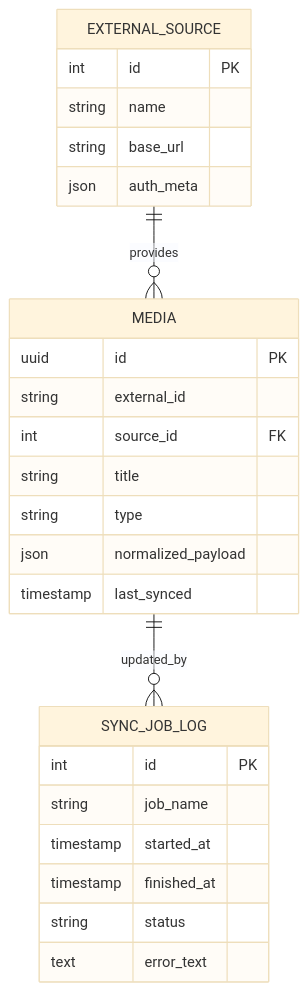
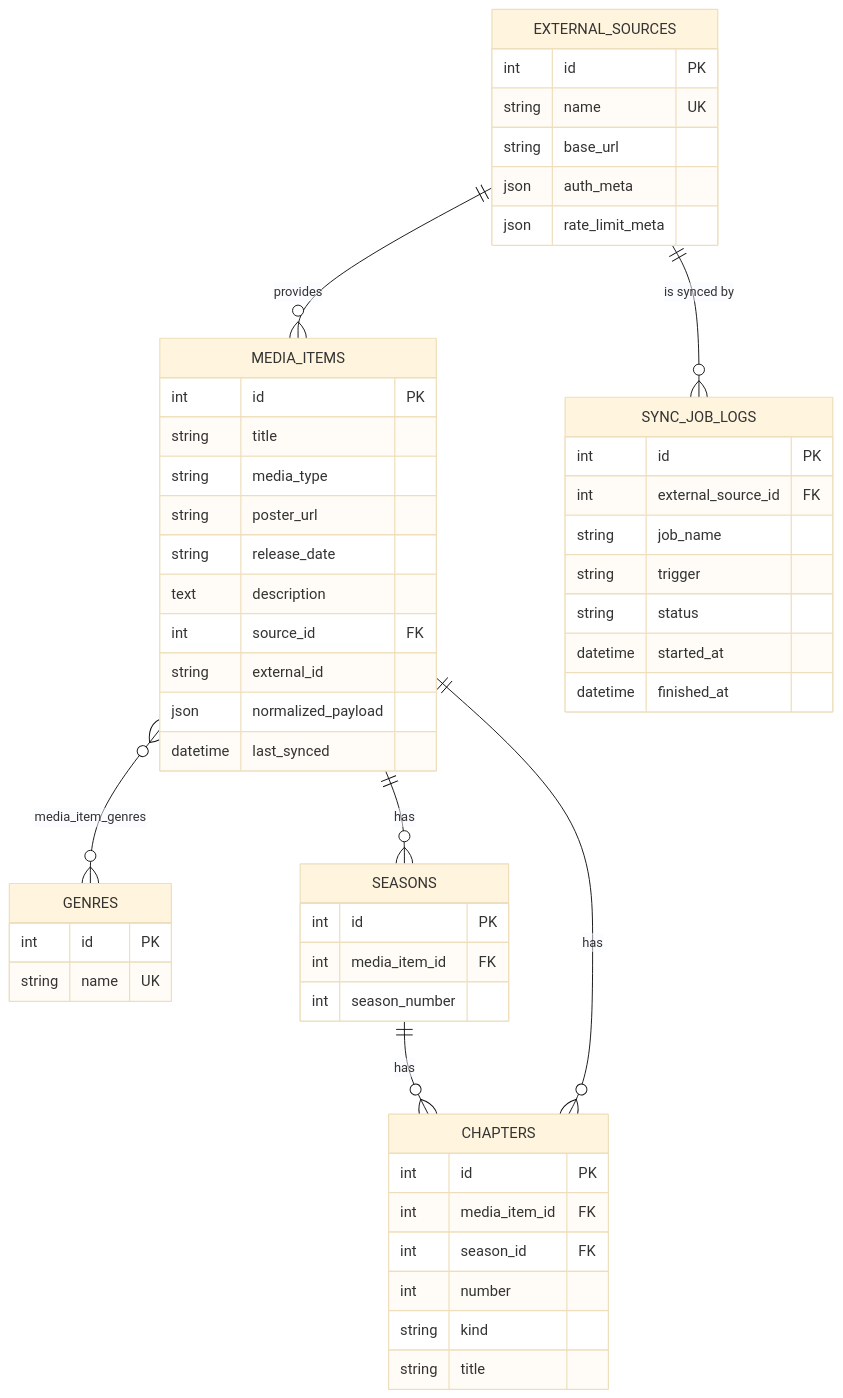
One commit to metezd/OmniLog changed the third of 5 diagrams in docs/analysis/data/er-diagram.md. Above: the diagram before and after it, drawn with Mermaid (base theme). The commit also changed other lines of this file and 14 other files, not shown here.

````diff
--- a/docs/analysis/data/er-diagram.md
+++ b/docs/analysis/data/er-diagram.md
@@ -5,29 +88,54 @@
 ```mermaid
 erDiagram
-    EXTERNAL_SOURCE {
+    EXTERNAL_SOURCES {
         int id PK
-        string name
+        string name UK
         string base_url
         json auth_meta
+        json rate_limit_meta
     }
-    MEDIA {
-        uuid id PK
+    MEDIA_ITEMS {
+        int id PK
+        string title
+        string media_type
+        string poster_url
+        string release_date
+        text description
+        int source_id FK
         string external_id
-        int source_id FK
+        json normalized_payload
+        datetime last_synced
+    }
+    GENRES {
+        int id PK
+        string name UK
+    }
+    SEASONS {
+        int id PK
+        int media_item_id FK
+        int season_number
+    }
+    CHAPTERS {
+        int id PK
+        int media_item_id FK
+        int season_id FK
+        int number
+        string kind
         string title
-        string type
-        json normalized_payload
-        timestamp last_synced
     }
-    SYNC_JOB_LOG {
+    SYNC_JOB_LOGS {
         int id PK
+        int external_source_id FK
         string job_name
-        timestamp started_at
-        timestamp finished_at
+        string trigger
         string status
-        text error_text
+        datetime started_at
+        datetime finished_at
     }
-
-    EXTERNAL_SOURCE ||--o{ MEDIA : provides
-    MEDIA ||--o{ SYNC_JOB_LOG : updated_by
+    EXTERNAL_SOURCES ||--o{ MEDIA_ITEMS : "provides"
+    EXTERNAL_SOURCES ||--o{ SYNC_JOB_LOGS : "is synced by"
+    MEDIA_ITEMS }o--o{ GENRES : "media_item_genres"
+    MEDIA_ITEMS ||--o{ SEASONS : "has"
+    SEASONS ||--o{ CHAPTERS : "has"
+    MEDIA_ITEMS ||--o{ CHAPTERS : "has"
 ```
````
